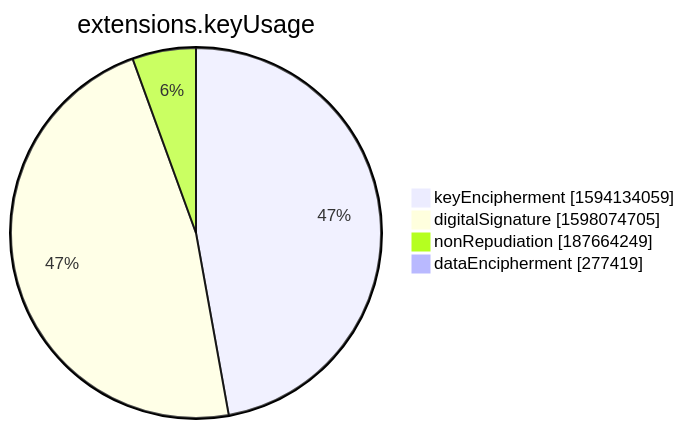
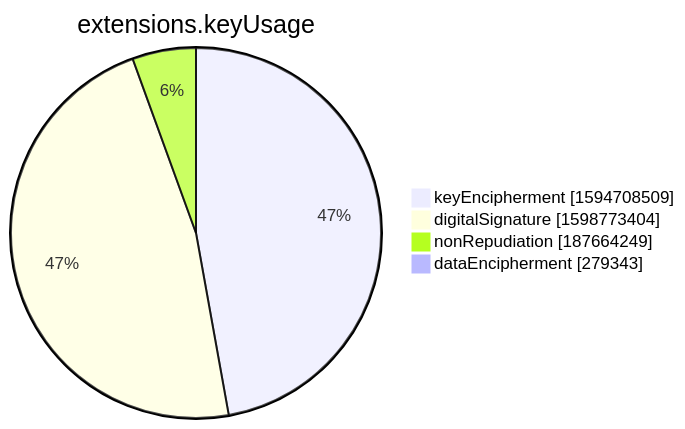
Before and after one commit to christiankrug/ctmonitor_visualization: the seventh of 15 diagrams in xenon2022/README.md, drawn with Mermaid. The commit also changed other lines of this file, not shown here.

````diff
--- a/xenon2022/README.md
+++ b/xenon2022/README.md
@@ -2854,8 +2854,8 @@
 ```mermaid
 pie showData
 title extensions.keyUsage
-"keyEncipherment" :1594134059
-"digitalSignature" :1598074705
+"keyEncipherment" :1594708509
+"digitalSignature" :1598773404
 "nonRepudiation" :187664249
-"dataEncipherment" :277419
+"dataEncipherment" :279343
 ```
````
